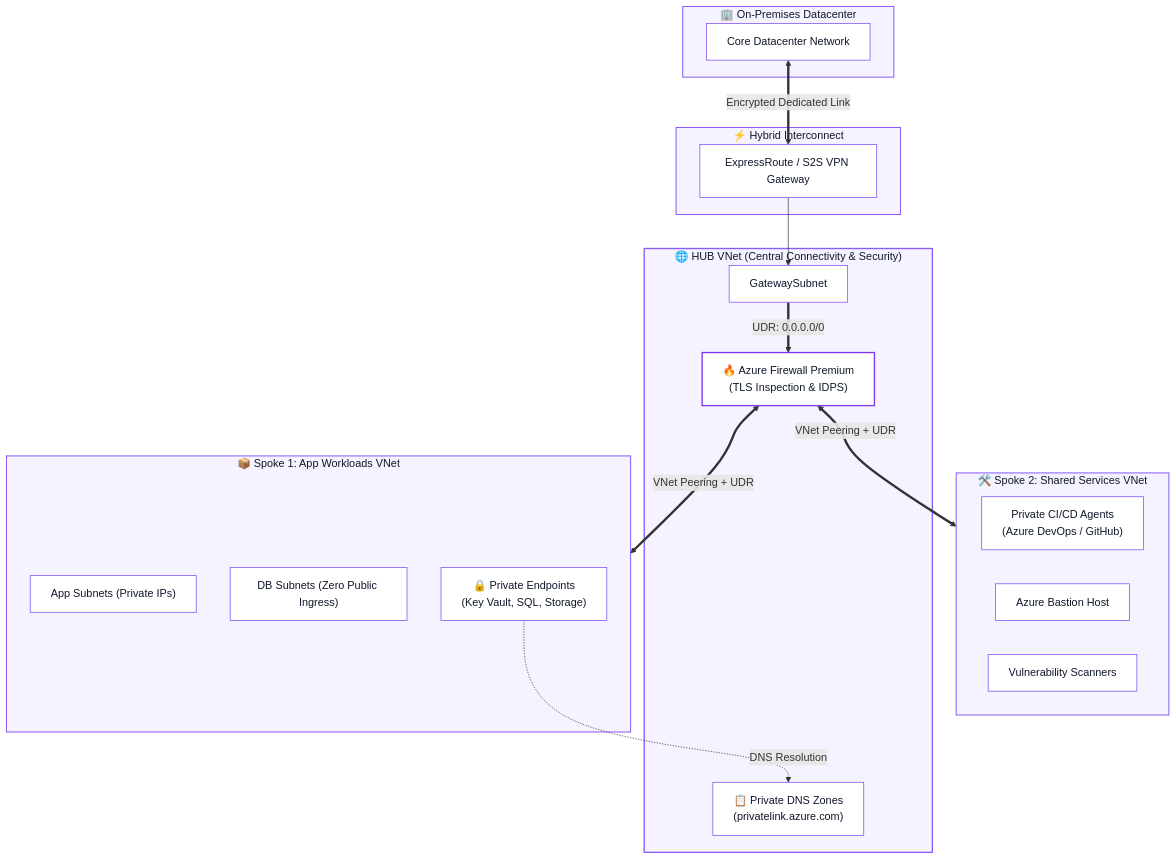
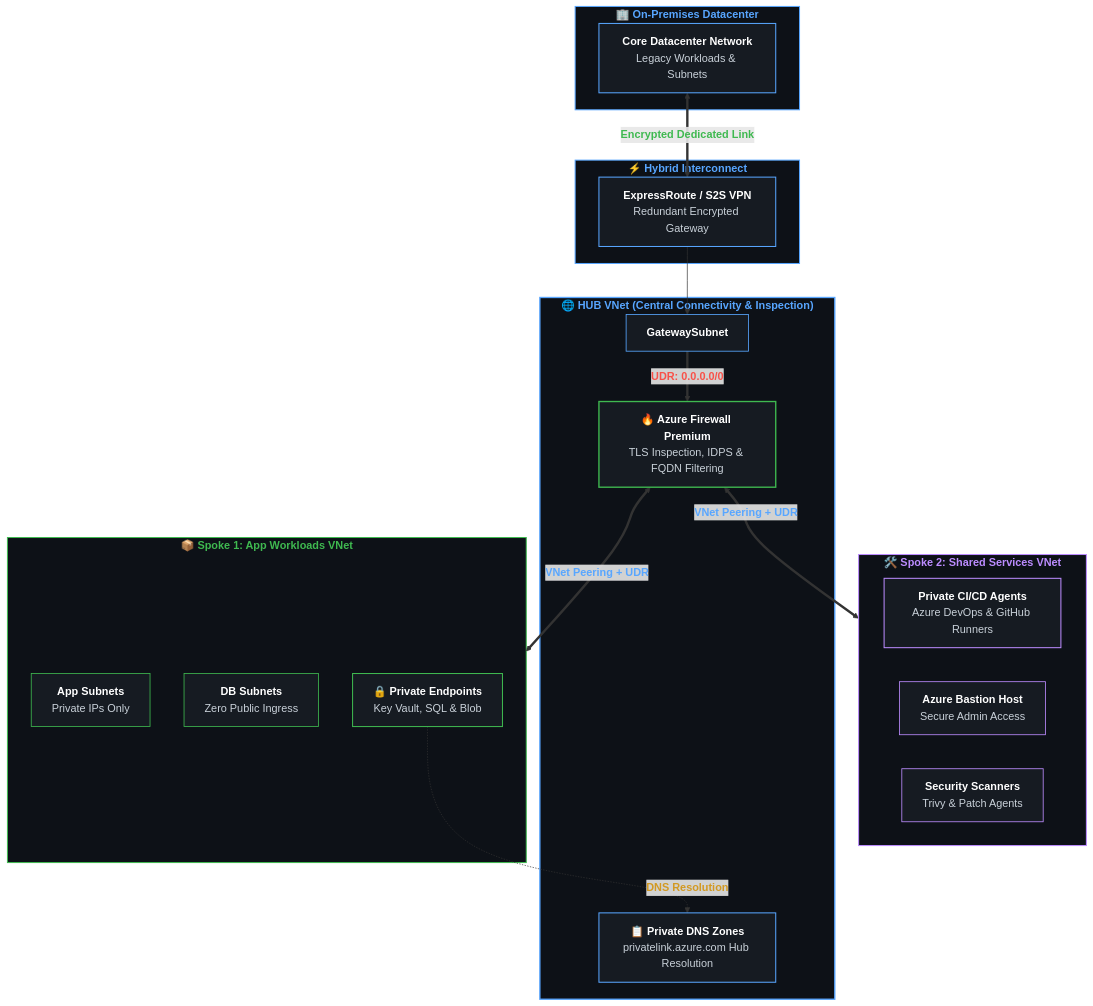
Before and after one commit to Ankitasingh-singh/Ankitasingh-singh: the fifth of 10 diagrams in README.md, drawn with Mermaid. The commit also changed other lines of this file, not shown here.

Commit message:
style: update mermaid diagram text and node styling for dark mode in README

````diff
--- a/README.md
+++ b/README.md
@@ -342,53 +342,53 @@
 ```mermaid
 flowchart TD
-    subgraph OnPrem["🏢 On-Premises Datacenter"]
-        DC["Core Datacenter Network"]
+    subgraph OnPrem["<b><font color='#58a6ff'>🏢 On-Premises Datacenter</font></b>"]
+        DC["<b><font color='#ffffff'>Core Datacenter Network</font></b><br/><font color='#c9d1d9'>Legacy Workloads & Subnets</font>"]
     end
 
-    subgraph HybridConnectivity["⚡ Hybrid Interconnect"]
-        ER["ExpressRoute / S2S VPN Gateway"]
+    subgraph HybridConnectivity["<b><font color='#58a6ff'>⚡ Hybrid Interconnect</font></b>"]
+        ER["<b><font color='#ffffff'>ExpressRoute / S2S VPN</font></b><br/><font color='#c9d1d9'>Redundant Encrypted Gateway</font>"]
     end
 
-    DC <==>|"Encrypted Dedicated Link"| ER
+    DC <==>|"<font color='#3fb950'><b>Encrypted Dedicated Link</b></font>"| ER
 
-    subgraph HubVNet["🌐 HUB VNet (Central Connectivity & Security)"]
-        ER --> GatewaySubnet["GatewaySubnet"]
-        Firewall["🔥 Azure Firewall Premium<br/>(TLS Inspection & IDPS)"]
-        PrivateDNS["📋 Private DNS Zones<br/>(privatelink.azure.com)"]
-        GatewaySubnet ==>|"UDR: 0.0.0.0/0"| Firewall
+    subgraph HubVNet["<b><font color='#58a6ff'>🌐 HUB VNet (Central Connectivity & Inspection)</font></b>"]
+        ER --> GatewaySubnet["<b><font color='#ffffff'>GatewaySubnet</font></b>"]
+        Firewall["<b><font color='#ffffff'>🔥 Azure Firewall Premium</font></b><br/><font color='#c9d1d9'>TLS Inspection, IDPS & FQDN Filtering</font>"]
+        PrivateDNS["<b><font color='#ffffff'>📋 Private DNS Zones</font></b><br/><font color='#c9d1d9'>privatelink.azure.com Hub Resolution</font>"]
+        GatewaySubnet ==>|"<font color='#f85149'><b>UDR: 0.0.0.0/0</b></font>"| Firewall
     end
 
-    subgraph SpokeApp["📦 Spoke 1: App Workloads VNet"]
-        AppTier["App Subnets (Private IPs)"]
-        DBTier["DB Subnets (Zero Public Ingress)"]
-        PvtEndpoint["🔒 Private Endpoints<br/>(Key Vault, SQL, Storage)"]
+    subgraph SpokeApp["<b><font color='#3fb950'>📦 Spoke 1: App Workloads VNet</font></b>"]
+        AppTier["<b><font color='#ffffff'>App Subnets</font></b><br/><font color='#c9d1d9'>Private IPs Only</font>"]
+        DBTier["<b><font color='#ffffff'>DB Subnets</font></b><br/><font color='#c9d1d9'>Zero Public Ingress</font>"]
+        PvtEndpoint["<b><font color='#ffffff'>🔒 Private Endpoints</font></b><br/><font color='#c9d1d9'>Key Vault, SQL & Blob</font>"]
     end
 
-    subgraph SpokeShared["🛠️ Spoke 2: Shared Services VNet"]
-        Runners["Private CI/CD Agents<br/>(Azure DevOps / GitHub)"]
-        Bastion["Azure Bastion Host"]
-        SecTools["Vulnerability Scanners"]
+    subgraph SpokeShared["<b><font color='#bc8cff'>🛠️ Spoke 2: Shared Services VNet</font></b>"]
+        Runners["<b><font color='#ffffff'>Private CI/CD Agents</font></b><br/><font color='#c9d1d9'>Azure DevOps & GitHub Runners</font>"]
+        Bastion["<b><font color='#ffffff'>Azure Bastion Host</font></b><br/><font color='#c9d1d9'>Secure Admin Access</font>"]
+        SecTools["<b><font color='#ffffff'>Security Scanners</font></b><br/><font color='#c9d1d9'>Trivy & Patch Agents</font>"]
     end
 
-    Firewall <==>|"VNet Peering + UDR"| SpokeApp
-    Firewall <==>|"VNet Peering + UDR"| SpokeShared
-    PvtEndpoint -.->|"DNS Resolution"| PrivateDNS
+    Firewall <==>|"<font color='#58a6ff'><b>VNet Peering + UDR</b></font>"| SpokeApp
+    Firewall <==>|"<font color='#58a6ff'><b>VNet Peering + UDR</b></font>"| SpokeShared
+    PvtEndpoint -.->|"<font color='#d29922'><b>DNS Resolution</b></font>"| PrivateDNS
 
-    style OnPrem fill:#f5f3ff,stroke:#8b5cf6,stroke-width:1.5px,color:#0f172a
-    style HybridConnectivity fill:#f5f3ff,stroke:#8b5cf6,stroke-width:1.5px,color:#0f172a
-    style HubVNet fill:#f5f3ff,stroke:#8b5cf6,stroke-width:2px,color:#0f172a
-    style SpokeApp fill:#f5f3ff,stroke:#8b5cf6,stroke-width:1.5px,color:#0f172a
-    style SpokeShared fill:#f5f3ff,stroke:#8b5cf6,stroke-width:1.5px,color:#0f172a
+    style OnPrem fill:#0d1117,stroke:#58a6ff,stroke-width:1.5px
+    style HybridConnectivity fill:#0d1117,stroke:#58a6ff,stroke-width:1.5px
+    style HubVNet fill:#0d1117,stroke:#58a6ff,stroke-width:2px
+    style SpokeApp fill:#0d1117,stroke:#3fb950,stroke-width:1.5px
+    style SpokeShared fill:#0d1117,stroke:#bc8cff,stroke-width:1.5px
 
-    style DC fill:#ffffff,stroke:#8b5cf6,stroke-width:1.2px,color:#0f172a
-    style ER fill:#ffffff,stroke:#8b5cf6,stroke-width:1.2px,color:#0f172a
-    style GatewaySubnet fill:#ffffff,stroke:#8b5cf6,stroke-width:1.2px,color:#0f172a
-    style Firewall fill:#ffffff,stroke:#7c3aed,stroke-width:2px,color:#0f172a
-    style PrivateDNS fill:#ffffff,stroke:#8b5cf6,stroke-width:1.2px,color:#0f172a
-    style AppTier fill:#ffffff,stroke:#8b5cf6,stroke-width:1.2px,color:#0f172a
-    style DBTier fill:#ffffff,stroke:#8b5cf6,stroke-width:1.2px,color:#0f172a
-    style PvtEndpoint fill:#ffffff,stroke:#8b5cf6,stroke-width:1.2px,color:#0f172a
-    style Runners fill:#ffffff,stroke:#8b5cf6,stroke-width:1.2px,color:#0f172a
-    style Bastion fill:#ffffff,stroke:#8b5cf6,stroke-width:1.2px,color:#0f172a
-    style SecTools fill:#ffffff,stroke:#8b5cf6,stroke-width:1.2px,color:#0f172a
+    style DC fill:#161b22,stroke:#58a6ff,stroke-width:1.5px
+    style ER fill:#161b22,stroke:#58a6ff,stroke-width:1.5px
+    style GatewaySubnet fill:#161b22,stroke:#58a6ff,stroke-width:1.2px
+    style Firewall fill:#161b22,stroke:#3fb950,stroke-width:2px
+    style PrivateDNS fill:#161b22,stroke:#58a6ff,stroke-width:1.5px
+    style AppTier fill:#161b22,stroke:#3fb950,stroke-width:1.2px
+    style DBTier fill:#161b22,stroke:#3fb950,stroke-width:1.2px
+    style PvtEndpoint fill:#161b22,stroke:#3fb950,stroke-width:1.5px
+    style Runners fill:#161b22,stroke:#bc8cff,stroke-width:1.5px
+    style Bastion fill:#161b22,stroke:#bc8cff,stroke-width:1.2px
+    style SecTools fill:#161b22,stroke:#bc8cff,stroke-width:1.2px
 ```
````
